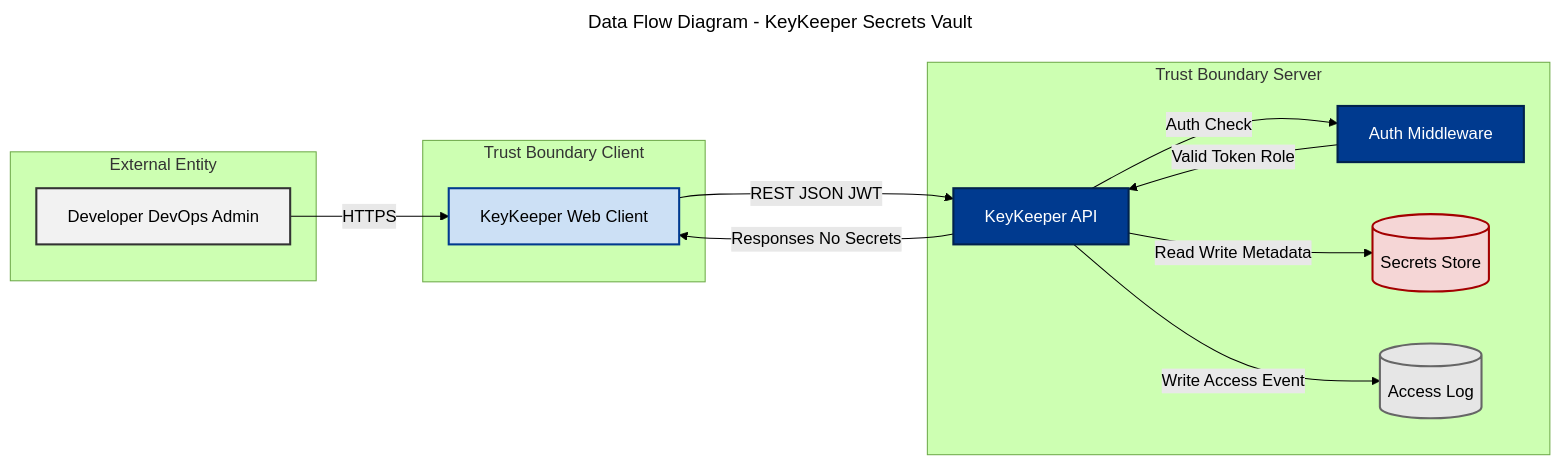
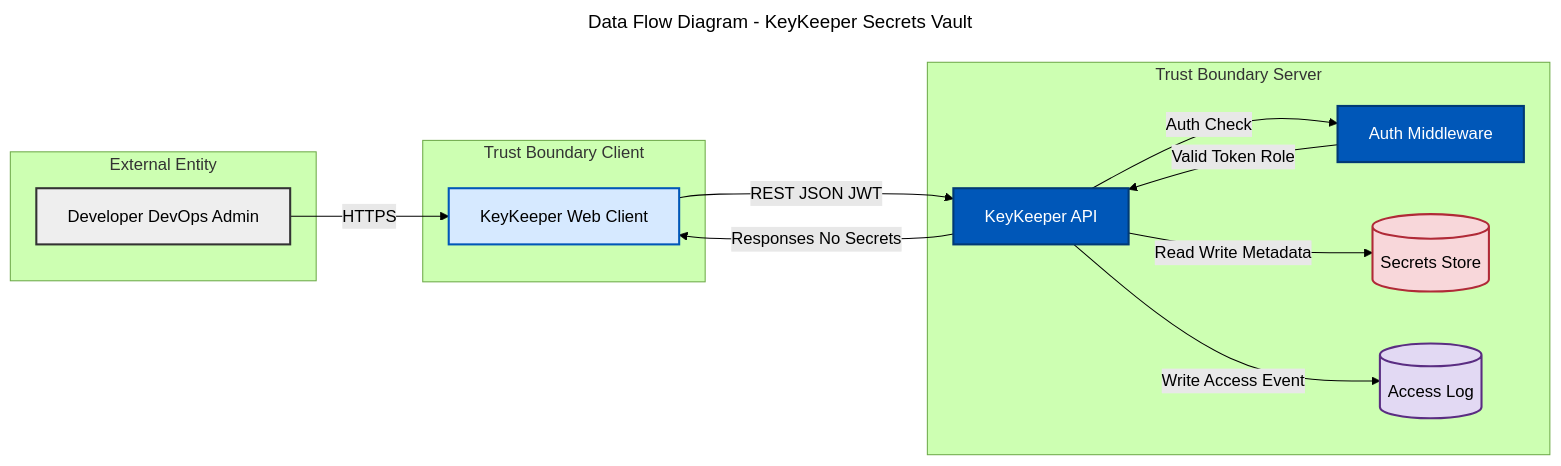
One commit to osteinke/security-capstone-student changed the diagram in 05-keykeeper/threat-model/dfd.mmd. Above: the diagram before and after it, drawn with Mermaid (forest theme).

Commit message:
add diagram

```diff
--- a/05-keykeeper/threat-model/dfd.mmd
+++ b/05-keykeeper/threat-model/dfd.mmd
@@ -1,44 +1,45 @@
 ---
 title: Data Flow Diagram - KeyKeeper Secrets Vault
 ---
 
 flowchart LR
 
 subgraph External["External Entity"]
     User[Developer DevOps Admin]
 end
 
 subgraph ClientTrust["Trust Boundary Client"]
     FE[KeyKeeper Web Client]
 end
 
 subgraph ServerTrust["Trust Boundary Server"]
     API[KeyKeeper API]
     AUTH[Auth Middleware]
     DB[(Secrets Store)]
     LOG[(Access Log)]
 end
 
 User -->|"HTTPS"| FE
 FE -->|"REST JSON JWT"| API
 
 API -->|"Auth Check"| AUTH
 AUTH -->|"Valid Token Role"| API
 
 API -->|"Read Write Metadata"| DB
 API -->|"Write Access Event"| LOG
 API -->|"Responses No Secrets"| FE
 
-%% Travelers style colors
-classDef external fill:#f2f2f2,stroke:#333,stroke-width:2px
-classDef client fill:#cce0f5,stroke:#003a8f,stroke-width:2px
-classDef server fill:#003a8f,stroke:#00224d,stroke-width:2px,color:#ffffff
-classDef database fill:#f5d6d6,stroke:#a30000,stroke-width:2px
-classDef audit fill:#e6e6e6,stroke:#666,stroke-width:2px
+
+classDef external fill:#eeeeee,stroke:#333333,stroke-width:2px
+classDef client fill:#d6e9ff,stroke:#0057b8,stroke-width:2px
+classDef server fill:#0057b8,stroke:#003a75,stroke-width:2px,color:#ffffff
+classDef database fill:#f8d7da,stroke:#b02a37,stroke-width:2px
+classDef audit fill:#e2d9f3,stroke:#5a2d82,stroke-width:2px
+
 
 class User external
 class FE client
 class API server
 class AUTH server
 class DB database
 class LOG audit
```
